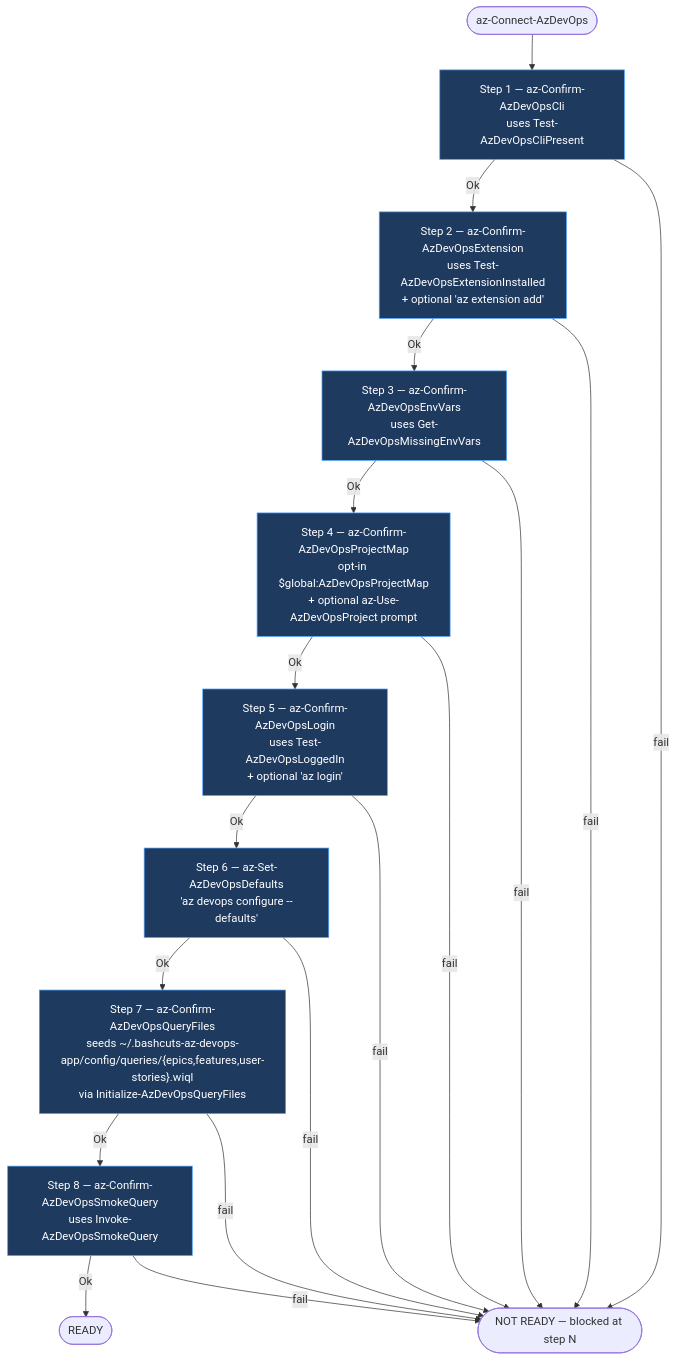
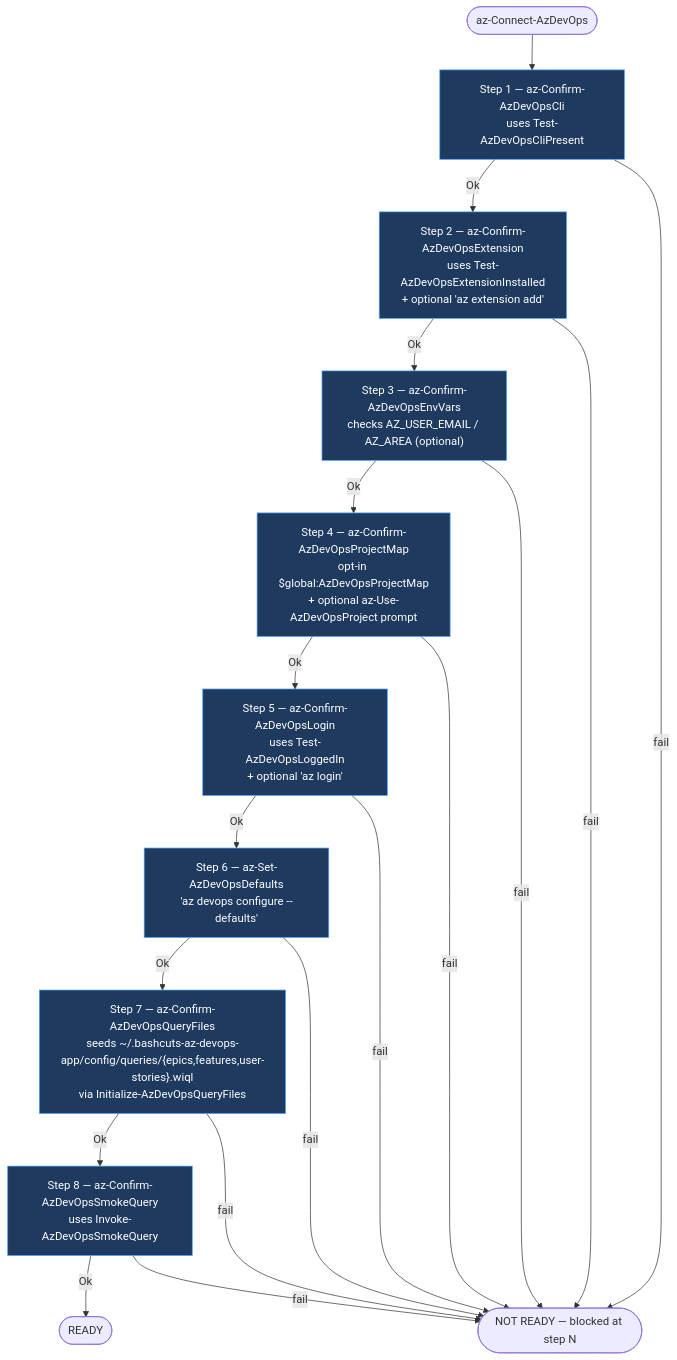
One commit to jdschleicher/bashcuts changed the second of 12 diagrams in docs/azure-devops-diagrams.md. Above: the diagram before and after it, drawn with Mermaid. The commit also changed other lines of this file, not shown here.

First line of the commit message:
docs(diagrams): fix stale references from PR #82 rename/removal

````diff
--- a/docs/azure-devops-diagrams.md
+++ b/docs/azure-devops-diagrams.md
@@ -164,37 +164,37 @@
 ```mermaid
 flowchart TD
     Start([az-Connect-AzDevOps]) --> S1
 
     S1["Step 1 — az-Confirm-AzDevOpsCli<br/>uses Test-AzDevOpsCliPresent"]
     S2["Step 2 — az-Confirm-AzDevOpsExtension<br/>uses Test-AzDevOpsExtensionInstalled<br/>+ optional 'az extension add'"]
-    S3["Step 3 — az-Confirm-AzDevOpsEnvVars<br/>uses Get-AzDevOpsMissingEnvVars"]
+    S3["Step 3 — az-Confirm-AzDevOpsEnvVars<br/>checks AZ_USER_EMAIL / AZ_AREA (optional)"]
     S4["Step 4 — az-Confirm-AzDevOpsProjectMap<br/>opt-in $global:AzDevOpsProjectMap<br/>+ optional az-Use-AzDevOpsProject prompt"]
     S5["Step 5 — az-Confirm-AzDevOpsLogin<br/>uses Test-AzDevOpsLoggedIn<br/>+ optional 'az login'"]
     S6["Step 6 — az-Set-AzDevOpsDefaults<br/>'az devops configure --defaults'"]
     S7["Step 7 — az-Confirm-AzDevOpsQueryFiles<br/>seeds ~/.bashcuts-az-devops-app/config/queries/{epics,features,user-stories}.wiql<br/>via Initialize-AzDevOpsQueryFiles"]
     S8["Step 8 — az-Confirm-AzDevOpsSmokeQuery<br/>uses Invoke-AzDevOpsSmokeQuery"]
 
     Ready([READY])
     NotReady([NOT READY — blocked at step N])
 
     S1 -- Ok --> S2
     S2 -- Ok --> S3
     S3 -- Ok --> S4
     S4 -- Ok --> S5
     S5 -- Ok --> S6
     S6 -- Ok --> S7
     S7 -- Ok --> S8
     S8 -- Ok --> Ready
 
     S1 -- fail --> NotReady
     S2 -- fail --> NotReady
     S3 -- fail --> NotReady
     S4 -- fail --> NotReady
     S5 -- fail --> NotReady
     S6 -- fail --> NotReady
     S7 -- fail --> NotReady
     S8 -- fail --> NotReady
 
     classDef step fill:#1f3a5f,stroke:#4ea3ff,color:#fff
     class S1,S2,S3,S4,S5,S6,S7,S8 step
 ```
````
